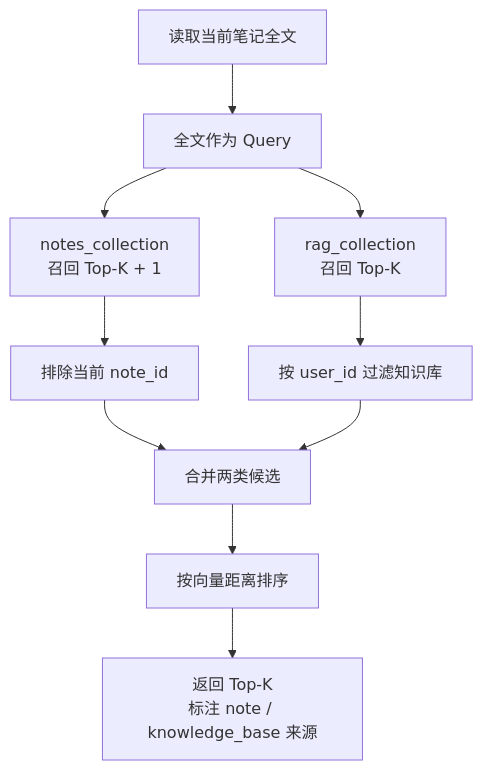
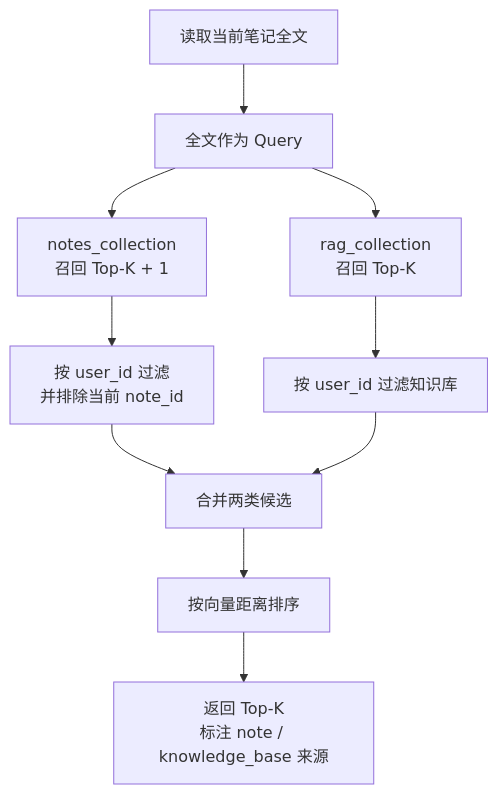
The second of 3 diagrams in README.md (jinjiecainiao/rag-notebook), drawn with Mermaid before and after one commit. The commit also changed other lines of this file and 24 other files, not shown here.

````diff
--- a/README.md
+++ b/README.md
@@ -75,12 +75,12 @@
 ```mermaid
 flowchart TD
     A[读取当前笔记全文] --> B[全文作为 Query]
     B --> C[notes_collection<br/>召回 Top-K + 1]
     B --> D[rag_collection<br/>召回 Top-K]
-    C --> E[排除当前 note_id]
+    C --> E[按 user_id 过滤<br/>并排除当前 note_id]
     D --> F[按 user_id 过滤知识库]
     E --> G[合并两类候选]
     F --> G
     G --> H[按向量距离排序]
     H --> I[返回 Top-K<br/>标注 note / knowledge_base 来源]
 ```
````
